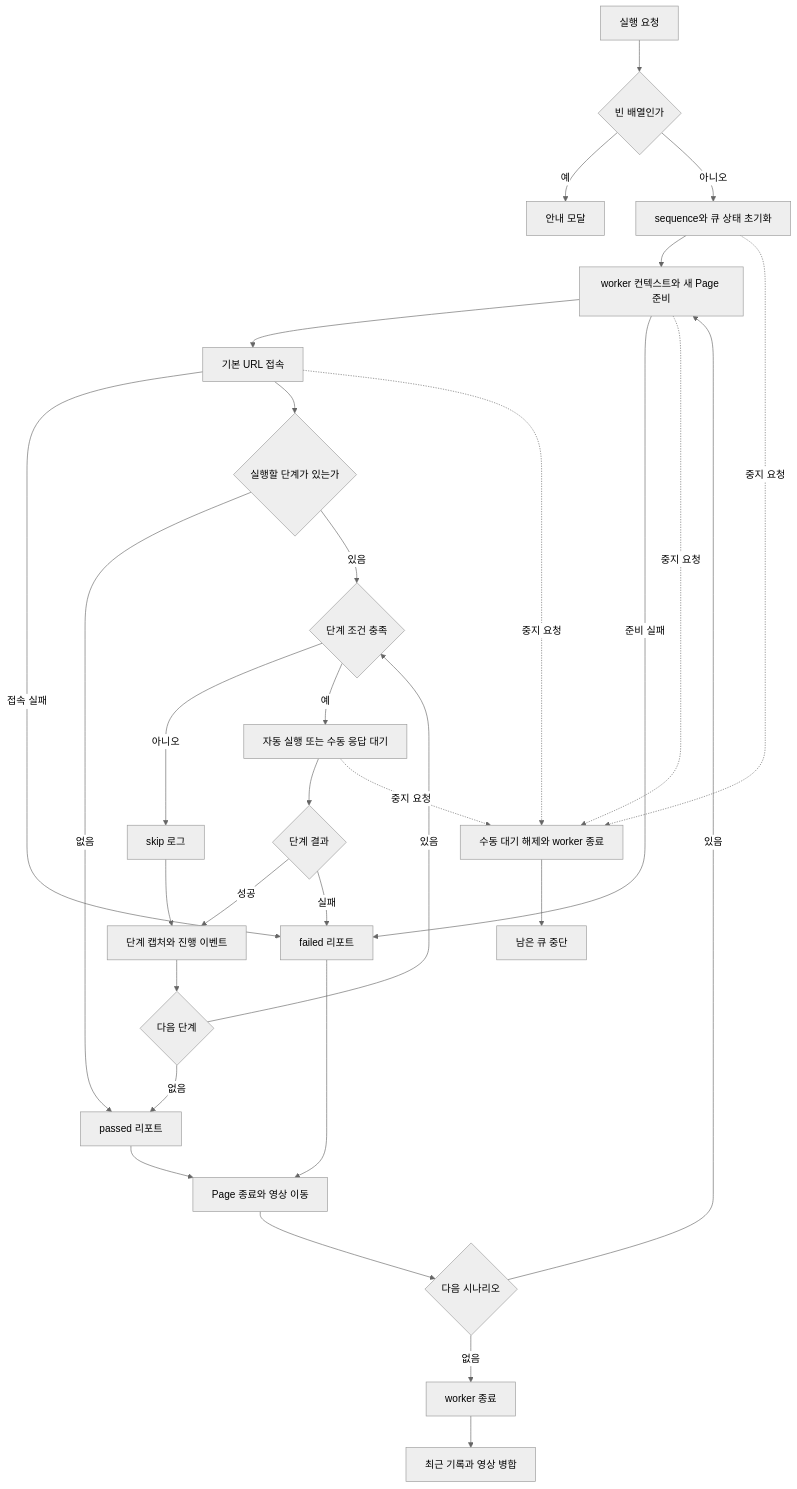
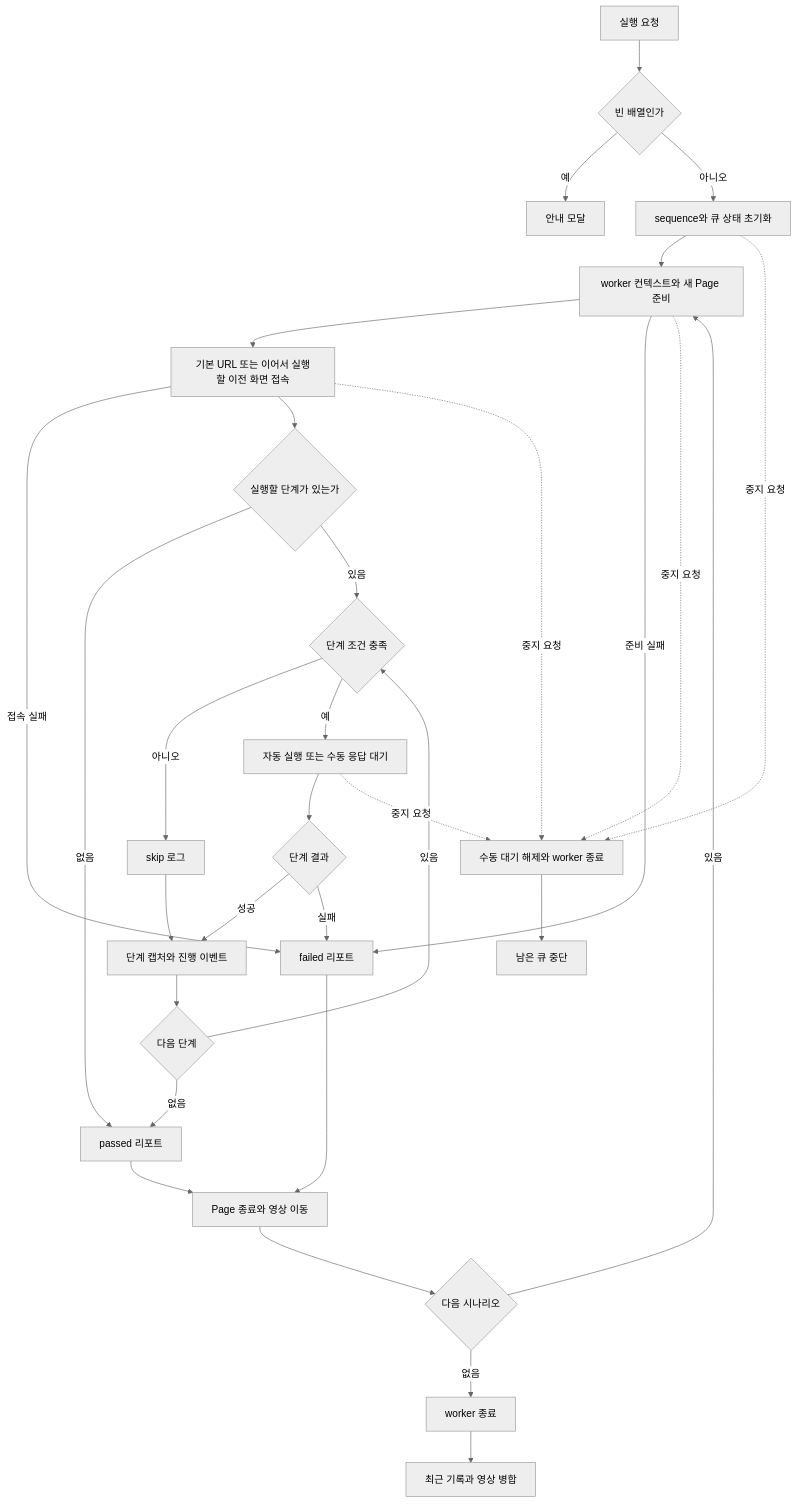
One commit to ph-1dnjs/checkly changed the diagram in docs/04-pages/040-scenario-run/02-userflow.md. Above: the diagram before and after it, drawn with Mermaid (neutral theme). The commit also changed other lines of this file and 74 other files, not shown here.

````diff
--- a/docs/04-pages/040-scenario-run/02-userflow.md
+++ b/docs/04-pages/040-scenario-run/02-userflow.md
@@ -5,33 +5,33 @@
 ```mermaid
 flowchart TD
   A[실행 요청] --> B{빈 배열인가}
   B -->|예| C[안내 모달]
   B -->|아니오| D[sequence와 큐 상태 초기화]
   D --> E[worker 컨텍스트와 새 Page 준비]
-  E --> F[기본 URL 접속]
+  E --> F[기본 URL 또는 이어서 실행할 이전 화면 접속]
   E -->|준비 실패| K[failed 리포트]
   F -->|접속 실패| K
   F --> T{실행할 단계가 있는가}
   T -->|없음| M[passed 리포트]
   T -->|있음| G{단계 조건 충족}
   G -->|아니오| U[skip 로그]
   U --> H[단계 캡처와 진행 이벤트]
   G -->|예| I[자동 실행 또는 수동 응답 대기]
   I --> J{단계 결과}
   J -->|성공| H
   J -->|실패| K
   H --> L{다음 단계}
   L -->|있음| G
   L -->|없음| M
   K --> N[Page 종료와 영상 이동]
   M --> N
   N --> O{다음 시나리오}
   O -->|있음| E
   O -->|없음| P[worker 종료]
   P --> Q[최근 기록과 영상 병합]
   D -. 중지 요청 .-> R[수동 대기 해제와 worker 종료]
   E -. 중지 요청 .-> R
   F -. 중지 요청 .-> R
   I -. 중지 요청 .-> R
   R --> S[남은 큐 중단]
 ```
````
